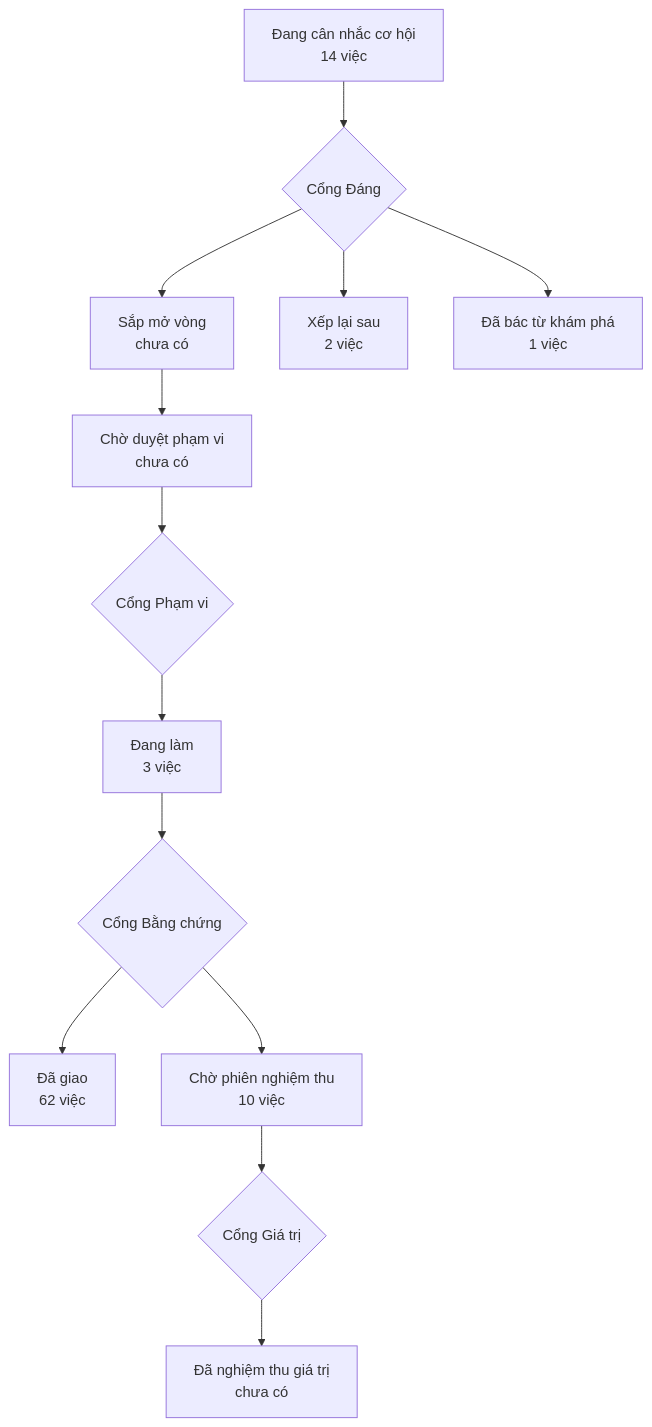
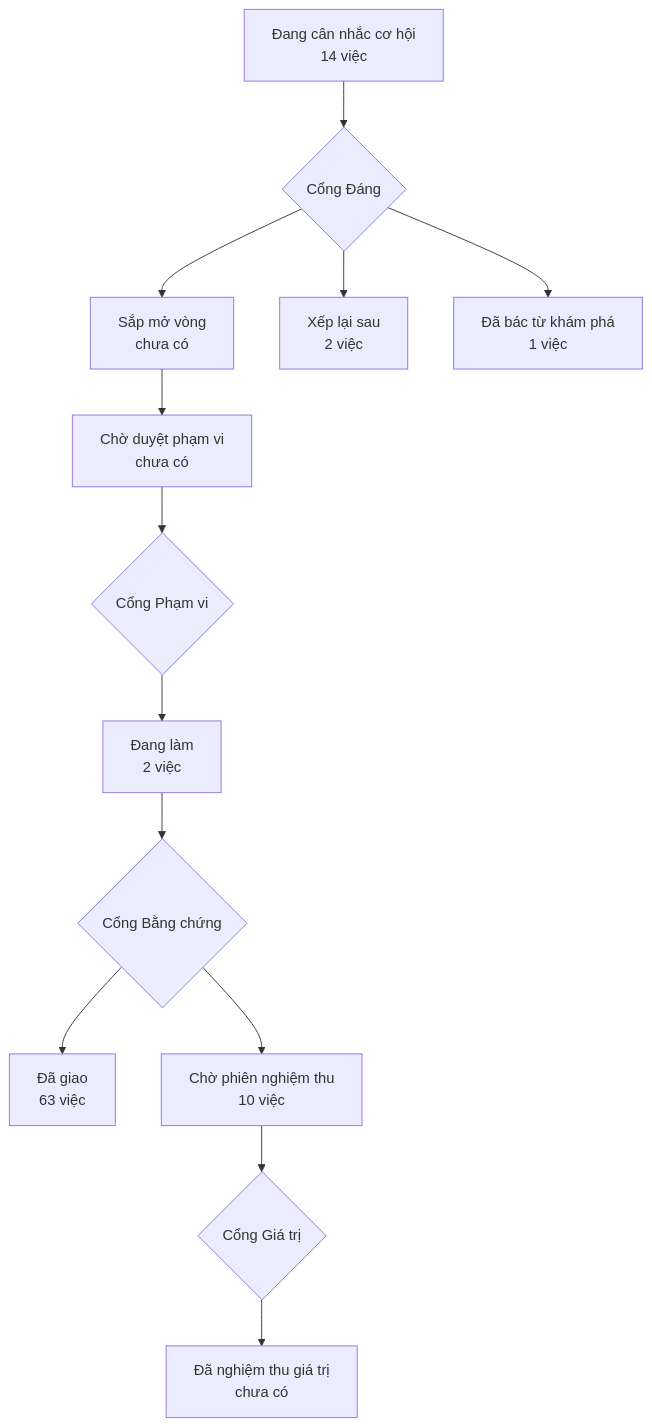
One commit to phanlemanh/acceptance-gate-kit changed the diagram in PRODUCT-MAP.md. Above: the diagram before and after it, drawn with Mermaid. The commit also changed 3 other files, not shown here.

````diff
--- a/PRODUCT-MAP.md
+++ b/PRODUCT-MAP.md
@@ -6,12 +6,12 @@
 ```mermaid
 flowchart TD
   A["Đang cân nhắc cơ hội<br/>14 việc"] --> GD{"Cổng Đáng"}
   GD --> B["Sắp mở vòng<br/>chưa có"]
   GD --> XL["Xếp lại sau<br/>2 việc"]
   GD --> DB["Đã bác từ khám phá<br/>1 việc"]
   B --> CD["Chờ duyệt phạm vi<br/>chưa có"] --> GP{"Cổng Phạm vi"}
-  GP --> DL["Đang làm<br/>3 việc"] --> GB{"Cổng Bằng chứng"}
-  GB --> DG["Đã giao<br/>62 việc"]
+  GP --> DL["Đang làm<br/>2 việc"] --> GB{"Cổng Bằng chứng"}
+  GB --> DG["Đã giao<br/>63 việc"]
   GB --> CN["Chờ phiên nghiệm thu<br/>10 việc"] --> GG{"Cổng Giá trị"}
   GG --> NT["Đã nghiệm thu giá trị<br/>chưa có"]
 ```
````
